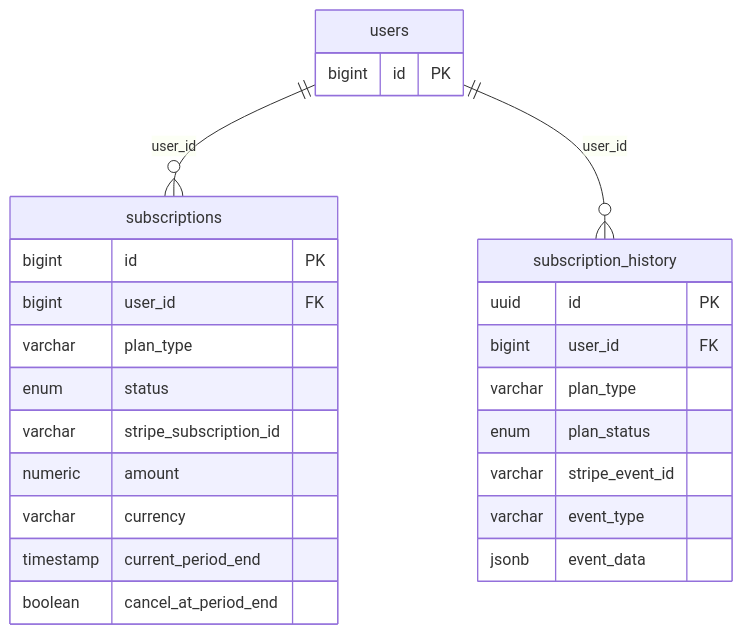
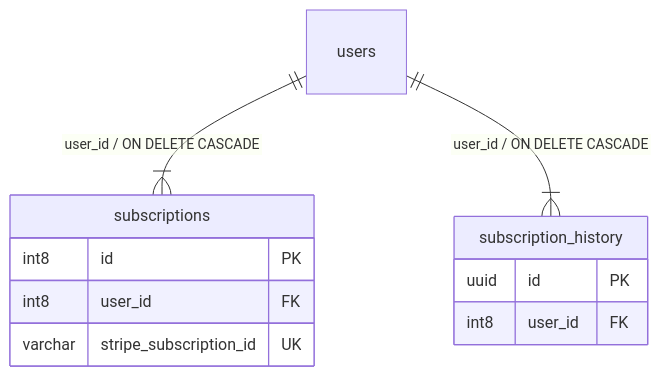
One commit to taskforce-project/taskforce-docs changed the sixth of 8 diagrams in v1/03-architecture/Modele_Donnees_MCD_MLD.md. Above: the diagram before and after it, drawn with Mermaid. The commit also changed other lines of this file, not shown here.

First line of the commit message:
docs: update data model documentation to version 2.0

````diff
--- a/v1/03-architecture/Modele_Donnees_MCD_MLD.md
+++ b/v1/03-architecture/Modele_Donnees_MCD_MLD.md
@@ -487,28 +489,14 @@
 ```mermaid
 erDiagram
-  users {
-    bigint id PK
-  }
   subscriptions {
-    bigint id PK
-    bigint user_id FK
-    varchar plan_type
-    enum status
-    varchar stripe_subscription_id
-    numeric amount
-    varchar currency
-    timestamp current_period_end
-    boolean cancel_at_period_end
+    int8 id PK
+    int8 user_id FK
+    varchar stripe_subscription_id UK
   }
   subscription_history {
     uuid id PK
-    bigint user_id FK
-    varchar plan_type
-    enum plan_status
-    varchar stripe_event_id
-    varchar event_type
-    jsonb event_data
+    int8 user_id FK
   }
-  users ||--o{ subscriptions : "user_id"
-  users ||--o{ subscription_history : "user_id"
+  users ||--|{ subscriptions : "user_id / ON DELETE CASCADE"
+  users ||--|{ subscription_history : "user_id / ON DELETE CASCADE"
 ```
````
